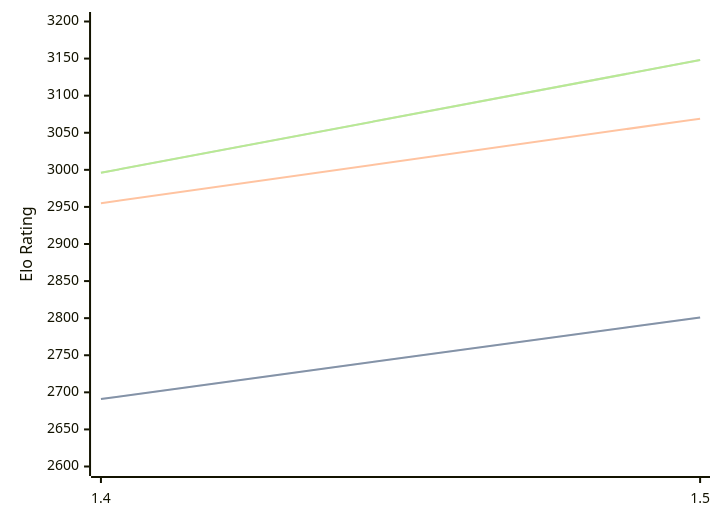
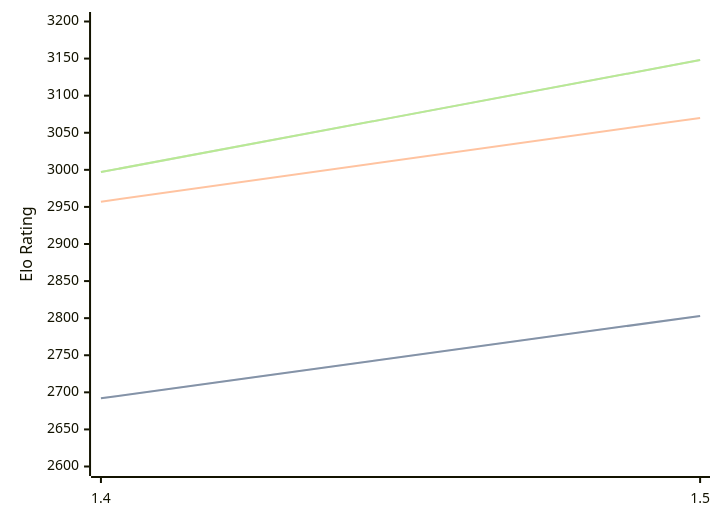
One commit to computer-chess-index/cci changed the diagram in engines/Yakka.md. Above: the diagram before and after it, drawn with Mermaid. The commit also changed other lines of this file, not shown here.

Commit message:
Update CCI Ratings (ELO VLTC) - 2026-04-27

````diff
--- a/engines/Yakka.md
+++ b/engines/Yakka.md
@@ -36,11 +36,11 @@
 ```mermaid
 %%{init: {"theme":"base","themeVariables":{"seriesColors:['#a3a3a3','#222221','#faa371']}}}%%
 xychart-beta
   x-axis ["1.4", "1.5"]
   y-axis "Elo Rating" 2600 --> 3200
-  line "STC (8.0+0.08s)" [2691, 2801]
-  line "STC (8.0+0.08s)" [2691, 2801]
-  line "LTC (60.0+0.60s)" [2955, 3069]
-  line "VLTC (2m24s+1.12s)" [2996, 3148]
-  line "VLTC (2m24s+1.12s)" [2996, 3148]
+  line "STC (8.0+0.08s)" [2692, 2803]
+  line "STC (8.0+0.08s)" [2692, 2803]
+  line "LTC (60.0+0.60s)" [2957, 3070]
+  line "VLTC (2m24s+1.12s)" [2997, 3148]
+  line "VLTC (2m24s+1.12s)" [2997, 3148]
 ```
````
